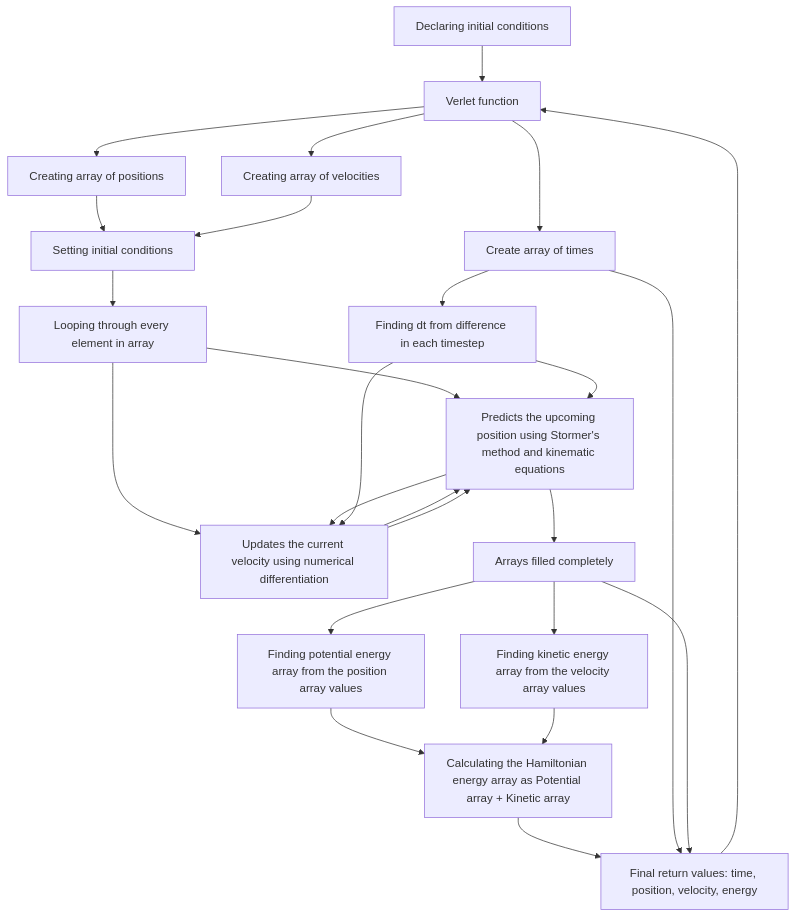
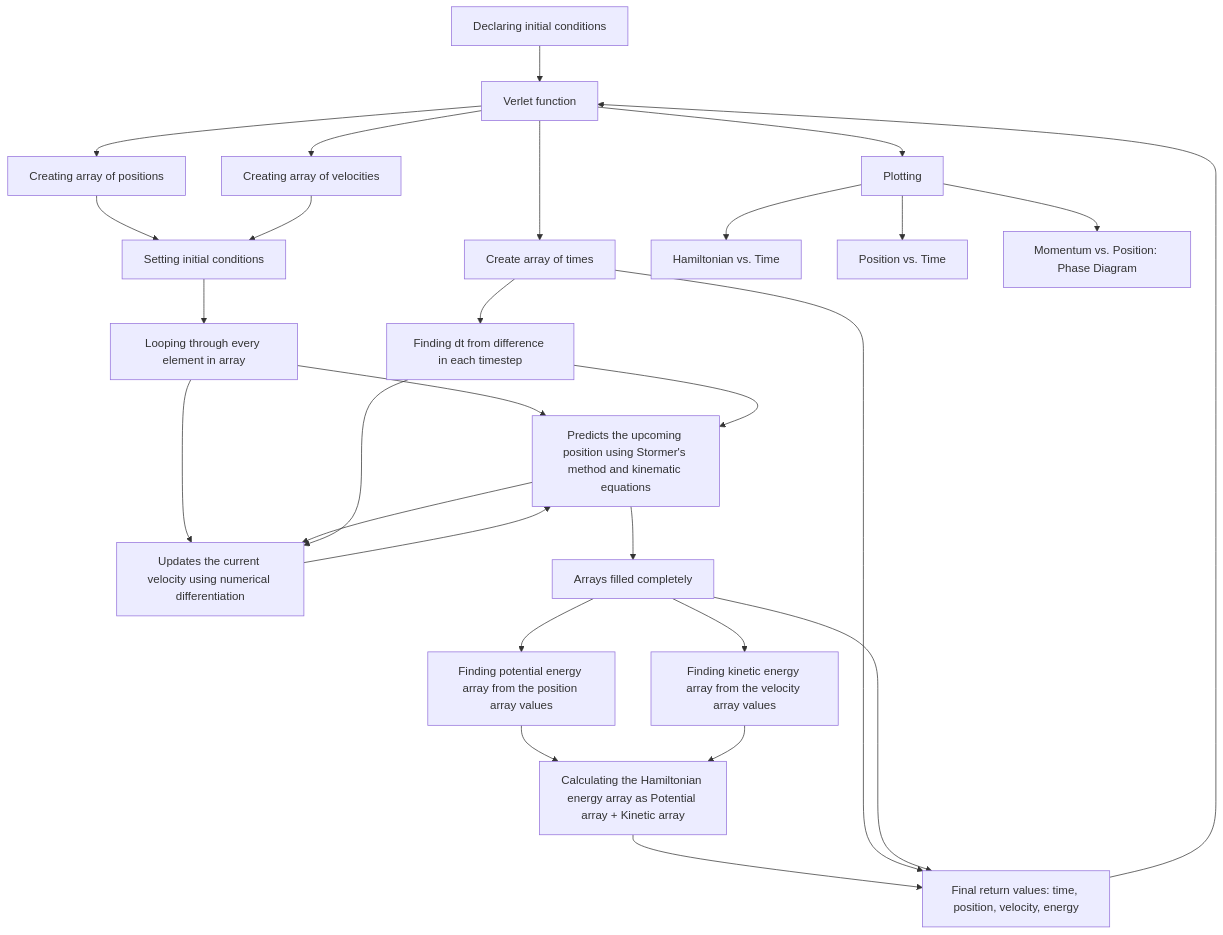
The diagram in p4-ODE/ethanwhite/program/writeup/writeup.md (Mateo4cacheiro/PHYS4130-S25), drawn with Mermaid before and after one commit.

````diff
--- a/p4-ODE/ethanwhite/program/writeup/writeup.md
+++ b/p4-ODE/ethanwhite/program/writeup/writeup.md
@@ -15,29 +15,32 @@
 ```mermaid
     graph TD
         A[Declaring initial conditions] --> B[Verlet function]
         B --> C[Create array of times] --> L[Finding dt from difference in each timestep] 
         B --> D[Creating array of positions]
         B --> E[Creating array of velocities]
         D --> F[Setting initial conditions]
         E --> F
         F --> G[Looping through every element in array]
         G --> H[Predicts the upcoming position using Stormer's method and kinematic equations]
         G --> J[Updates the current velocity using numerical differentiation]
         J --> H
         H --> J
         L --> H
         L --> J
         H --> K[Arrays filled completely]
-        J --> H
         K --> M[Finding potential energy array from the position array values]
         K --> N[Finding kinetic energy array from the velocity array values]
         M --> P[Calculating the Hamiltonian energy array as Potential array + Kinetic array]
         N --> P
 
         P --> T[Final return values: time, position, velocity, energy]
         C --> T
         K --> T
         T --> B
+        B --> R[Plotting]
+        R --> V[Hamiltonian vs. Time]
+        R --> X[Position vs. Time]
+        R --> W[Momentum vs. Position: Phase Diagram]
 
 
 ```
````
